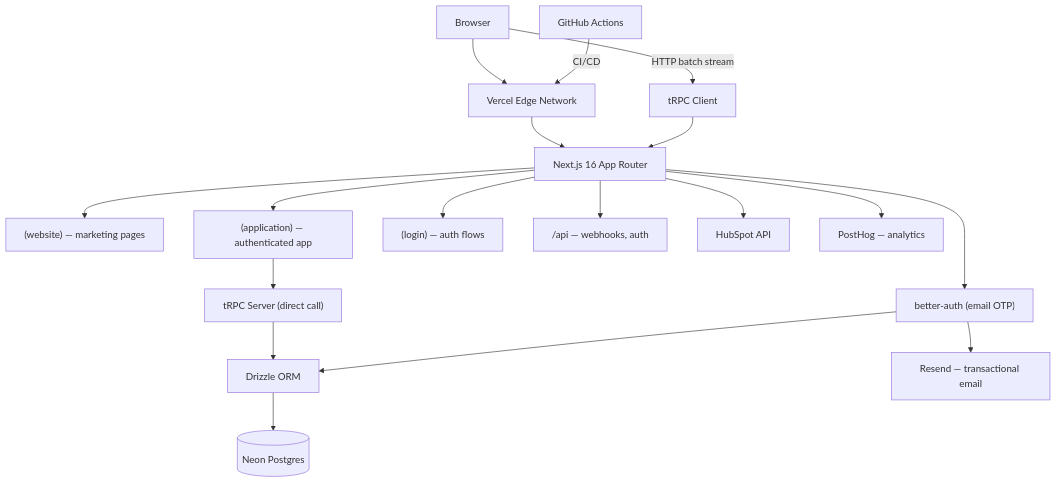
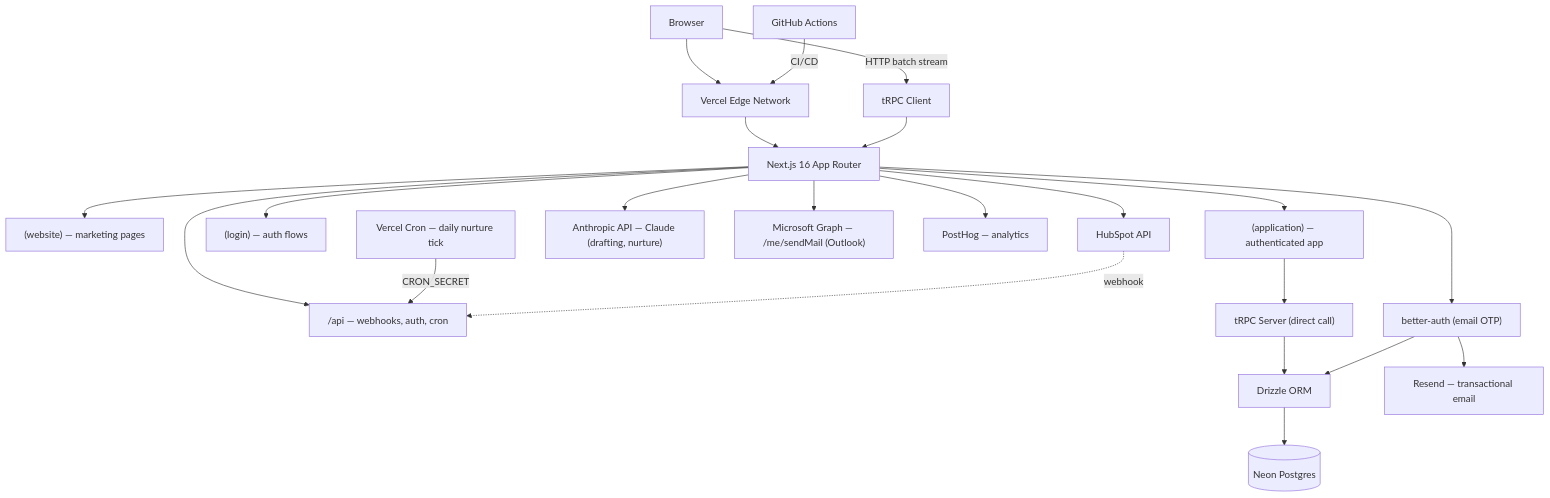
The first of 4 diagrams in docs/README.md (samjmarshall/rekurve), drawn with Mermaid before and after one commit. The commit also changed other lines of this file and 139 other files, not shown here.

````diff
--- a/docs/README.md
+++ b/docs/README.md
@@ -7,26 +17,31 @@
 ```mermaid
 graph TD
     Browser --> Vercel[Vercel Edge Network]
     Vercel --> NextJS[Next.js 16 App Router]
 
     NextJS --> Website["(website) — marketing pages"]
     NextJS --> Application["(application) — authenticated app"]
     NextJS --> Login["(login) — auth flows"]
-    NextJS --> API["/api — webhooks, auth"]
+    NextJS --> API["/api — webhooks, auth, cron"]
 
     Application --> tRPC_Server["tRPC Server (direct call)"]
     Browser -->|HTTP batch stream| tRPC_Client["tRPC Client"]
     tRPC_Client --> NextJS
 
     tRPC_Server --> Drizzle[Drizzle ORM]
     Drizzle --> Neon[(Neon Postgres)]
 
     NextJS --> BetterAuth["better-auth (email OTP)"]
     BetterAuth --> Resend[Resend — transactional email]
     BetterAuth --> Drizzle
 
     NextJS --> HubSpot[HubSpot API]
+    NextJS --> Anthropic["Anthropic API — Claude (drafting, nurture)"]
+    NextJS --> MSGraph["Microsoft Graph — /me/sendMail (Outlook)"]
     NextJS --> PostHog[PostHog — analytics]
+
+    Cron["Vercel Cron — daily nurture tick"] -->|CRON_SECRET| API
+    HubSpot -.->|webhook| API
 
     GitHub[GitHub Actions] -->|CI/CD| Vercel
 ```
````
